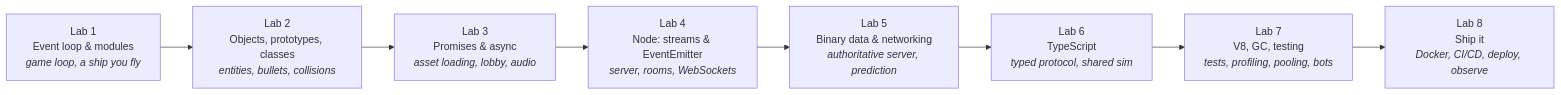
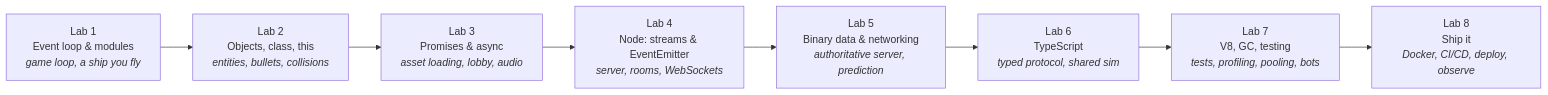
One commit to ReallyPablo/Programming-Practice-Projects changed the diagram in courses/javascript/README.md. Above: the diagram before and after it, drawn with Mermaid. The commit also changed other lines of this file and 3 other files, not shown here.

First line of the commit message:
Make Lab 02 prototypes one experiment, not a gate.

````diff
--- a/courses/javascript/README.md
+++ b/courses/javascript/README.md
@@ -25,10 +25,10 @@
 ```mermaid
 flowchart LR
-    L1[Lab 1<br/>Event loop & modules<br/><i>game loop, a ship you fly</i>] --> L2[Lab 2<br/>Objects, prototypes, classes<br/><i>entities, bullets, collisions</i>]
+    L1[Lab 1<br/>Event loop & modules<br/><i>game loop, a ship you fly</i>] --> L2[Lab 2<br/>Objects, class, this<br/><i>entities, bullets, collisions</i>]
     L2 --> L3[Lab 3<br/>Promises & async<br/><i>asset loading, lobby, audio</i>]
     L3 --> L4[Lab 4<br/>Node: streams & EventEmitter<br/><i>server, rooms, WebSockets</i>]
     L4 --> L5[Lab 5<br/>Binary data & networking<br/><i>authoritative server, prediction</i>]
     L5 --> L6[Lab 6<br/>TypeScript<br/><i>typed protocol, shared sim</i>]
     L6 --> L7[Lab 7<br/>V8, GC, testing<br/><i>tests, profiling, pooling, bots</i>]
     L7 --> L8[Lab 8<br/>Ship it<br/><i>Docker, CI/CD, deploy, observe</i>]
 ```
````
